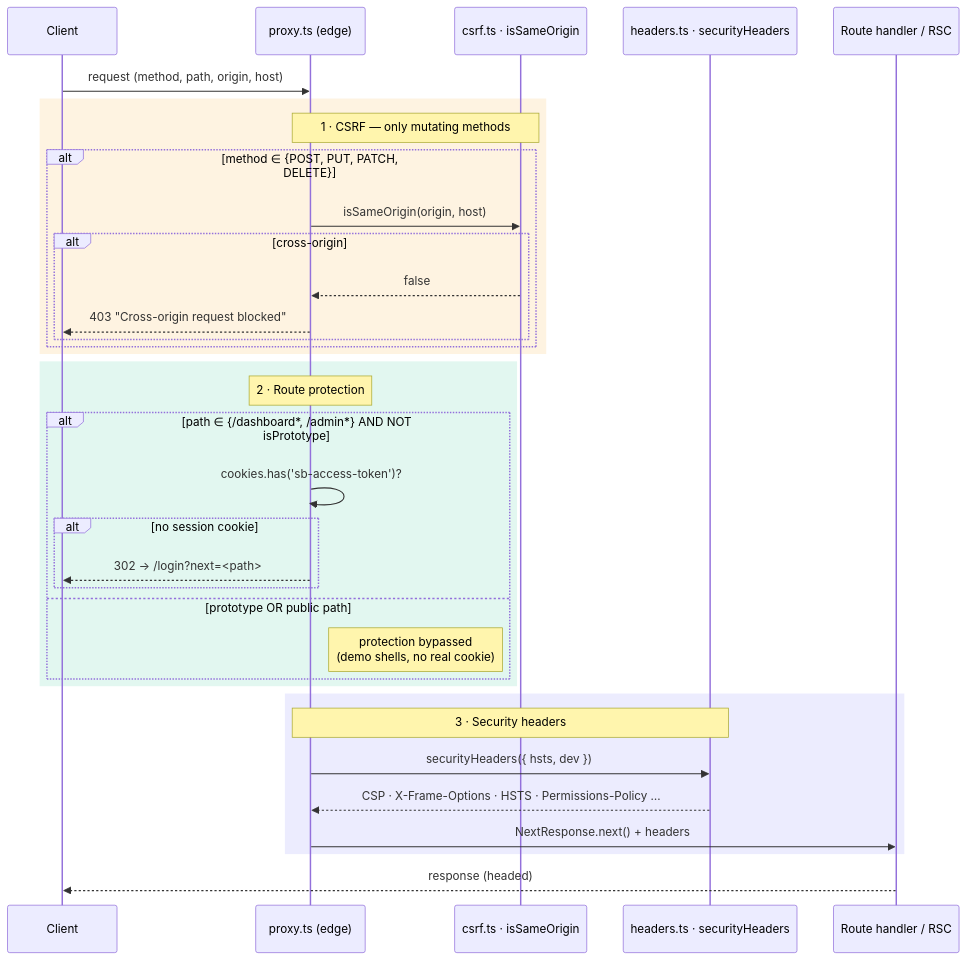
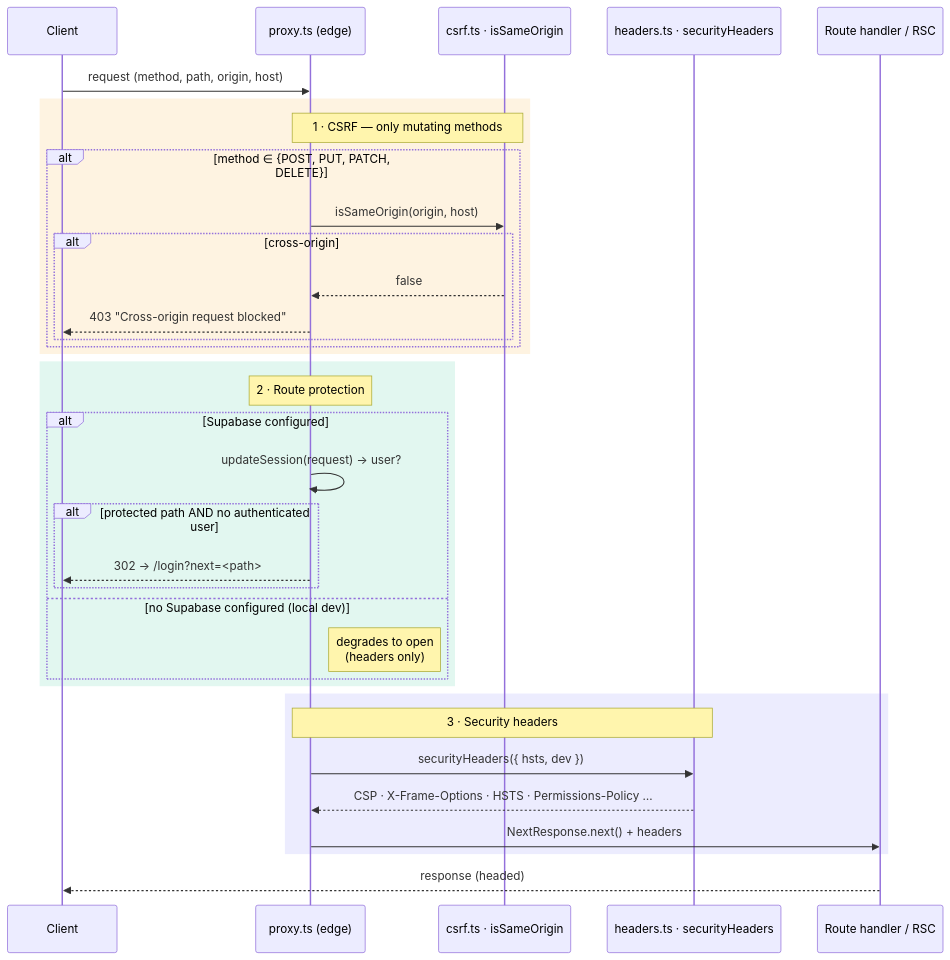
Before and after one commit to jayjay77uk/Juice-doctor: the third of 4 diagrams in docs/architecture/01-authentication.md, drawn with Mermaid. The commit also changed other lines of this file and 84 other files, not shown here.

````diff
--- a/docs/architecture/01-authentication.md
+++ b/docs/architecture/01-authentication.md
@@ -278,42 +278,42 @@
 ```mermaid
 sequenceDiagram
     participant Client
     participant Proxy as proxy.ts (edge)
     participant CSRF as csrf.ts · isSameOrigin
     participant Hdr as headers.ts · securityHeaders
     participant App as Route handler / RSC
 
     Client->>Proxy: request (method, path, origin, host)
 
     rect rgb(245, 158, 11, 0.12)
     note over Proxy,CSRF: 1 · CSRF — only mutating methods
     alt method ∈ {POST, PUT, PATCH, DELETE}
         Proxy->>CSRF: isSameOrigin(origin, host)
         alt cross-origin
             CSRF-->>Proxy: false
             Proxy-->>Client: 403 "Cross-origin request blocked"
         end
     end
     end
 
     rect rgb(16, 185, 129, 0.12)
     note over Proxy: 2 · Route protection
-    alt path ∈ {/dashboard*, /admin*} AND NOT isPrototype
-        Proxy->>Proxy: cookies.has('sb-access-token')?
-        alt no session cookie
+    alt Supabase configured
+        Proxy->>Proxy: updateSession(request) → user?
+        alt protected path AND no authenticated user
             Proxy-->>Client: 302 → /login?next=<path>
         end
-    else prototype OR public path
-        note right of Proxy: protection bypassed<br/>(demo shells, no real cookie)
+    else no Supabase configured (local dev)
+        note right of Proxy: degrades to open<br/>(headers only)
     end
     end
 
     rect rgb(99, 102, 241, 0.12)
     note over Proxy,Hdr: 3 · Security headers
     Proxy->>Hdr: securityHeaders({ hsts, dev })
     Hdr-->>Proxy: CSP · X-Frame-Options · HSTS · Permissions-Policy …
     Proxy->>App: NextResponse.next() + headers
     end
 
     App-->>Client: response (headed)
 ```
````
